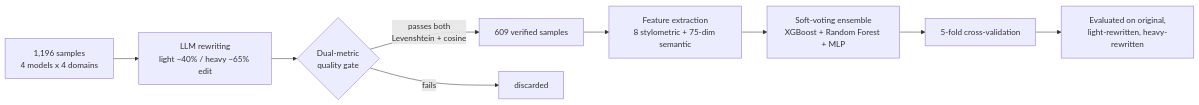
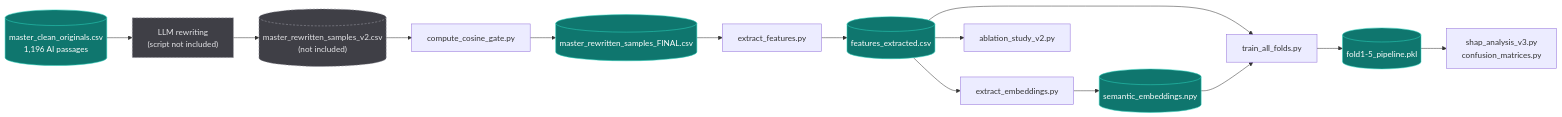
One commit to harshadulshan/llm-model-attribution-thesis changed the diagram in README.md. Above: the diagram before and after it, drawn with Mermaid. The commit also changed other lines of this file and 29 other files, not shown here.

````diff
--- a/README.md
+++ b/README.md
@@ -34,11 +205,20 @@
 ```mermaid
 flowchart LR
-    A["1,196 samples\n4 models x 4 domains"] --> B["LLM rewriting\nlight ~40% / heavy ~65% edit"]
-    B --> C{"Dual-metric\nquality gate"}
-    C -- "passes both\nLevenshtein + cosine" --> D["609 verified samples"]
-    C -- fails --> X["discarded"]
-    D --> E["Feature extraction\n8 stylometric + 75-dim semantic"]
-    E --> F["Soft-voting ensemble\nXGBoost + Random Forest + MLP"]
-    F --> G["5-fold cross-validation"]
-    G --> H["Evaluated on original,\nlight-rewritten, heavy-rewritten"]
+    A[("master_clean_originals.csv<br/>1,196 AI passages")] --> B["LLM rewriting<br/>(script not included)"]
+    B --> C[("master_rewritten_samples_v2.csv<br/>(not included)")]
+    C --> D["compute_cosine_gate.py"]
+    D --> E[("master_rewritten_samples_FINAL.csv")]
+    E --> F["extract_features.py"]
+    F --> G[("features_extracted.csv")]
+    G --> H["extract_embeddings.py"]
+    H --> I[("semantic_embeddings.npy")]
+    G --> J["train_all_folds.py"]
+    I --> J
+    J --> K[("fold1-5_pipeline.pkl")]
+    G --> L["ablation_study_v2.py"]
+    K --> M["shap_analysis_v3.py<br/>confusion_matrices.py"]
+    classDef data fill:#0f766e,stroke:#2dd4bf,color:#fff;
+    classDef missing fill:#3f3f46,stroke:#a1a1aa,color:#e4e4e7,stroke-dasharray: 4 3;
+    class A,E,G,I,K data;
+    class B,C missing;
 ```
````
